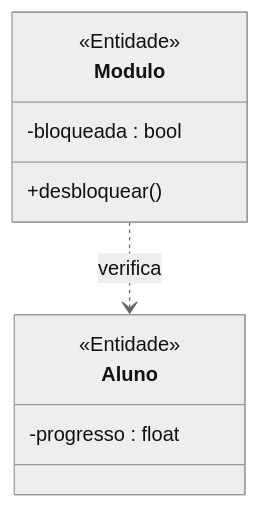
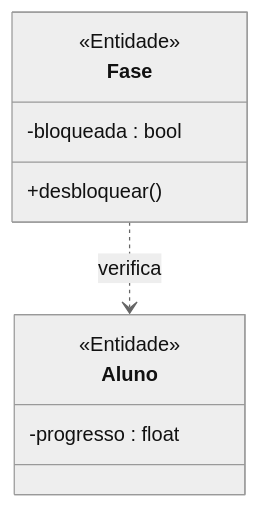
The first of 2 diagrams in 02_Modelagem_UML_Astah/UC13_Desbloquear_Fases_Modulos/README.md (MayconDIS/PIM_III-Documentacao_UML), drawn with Mermaid (neutral theme) before and after one commit. The commit also changed other lines of this file and 234 other files, not shown here.

````diff
--- a/02_Modelagem_UML_Astah/UC13_Desbloquear_Fases_Modulos/README.md
+++ b/02_Modelagem_UML_Astah/UC13_Desbloquear_Fases_Modulos/README.md
@@ -44,13 +33,13 @@
 ```mermaid
 classDiagram
-    class Modulo {
+    class Fase {
         <<Entidade>>
         -bloqueada : bool
         +desbloquear()
     }
     class Aluno {
         <<Entidade>>
         -progresso : float
     }
-    Modulo ..> Aluno : verifica
+    Fase ..> Aluno : verifica
 ```
````
